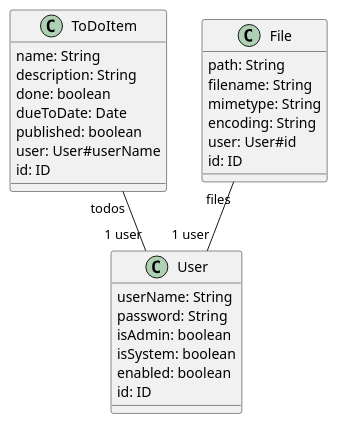
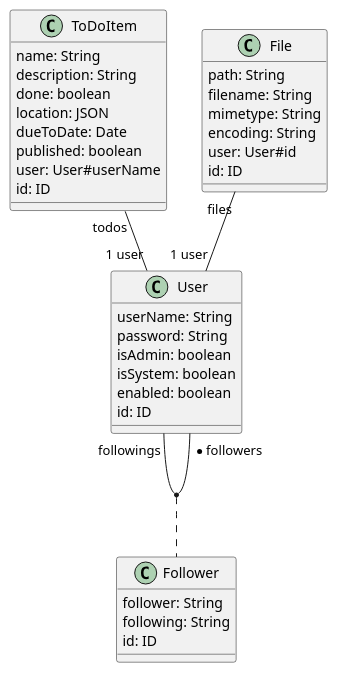
The diagram in api-simple-mongoose/src/graphql-gen/system/schema/schema.puml (ODA-js/demos), drawn with PlantUML before and after one commit. The commit also changed 10 other files, not shown here.

```diff
--- a/api-simple-mongoose/src/graphql-gen/system/schema/schema.puml
+++ b/api-simple-mongoose/src/graphql-gen/system/schema/schema.puml
@@ -1,36 +1,46 @@
 @startuml system
+
+  User "followings" -- "* followers" User
+  (User, User) . Follower
 
   ToDoItem "todos" -- "1 user" User
 
   File "files" -- "1 user" User
 
 
   class User {
     userName: String
     password: String
     isAdmin: boolean
     isSystem: boolean
     enabled: boolean
     id: ID
   }
 
   class ToDoItem {
     name: String
     description: String
     done: boolean
+    location: JSON
     dueToDate: Date
     published: boolean
     user: User#userName
     id: ID
   }
 
   class File {
     path: String
     filename: String
     mimetype: String
     encoding: String
     user: User#id
     id: ID
   }
 
+  class Follower {
+    follower: String
+    following: String
+    id: ID
+  }
+
 @enduml
```
